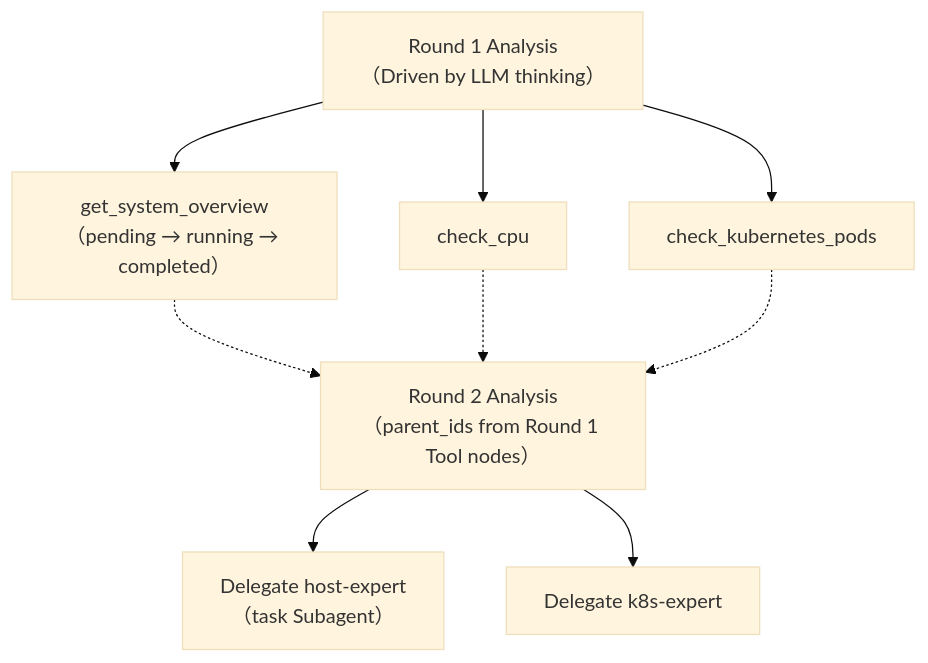
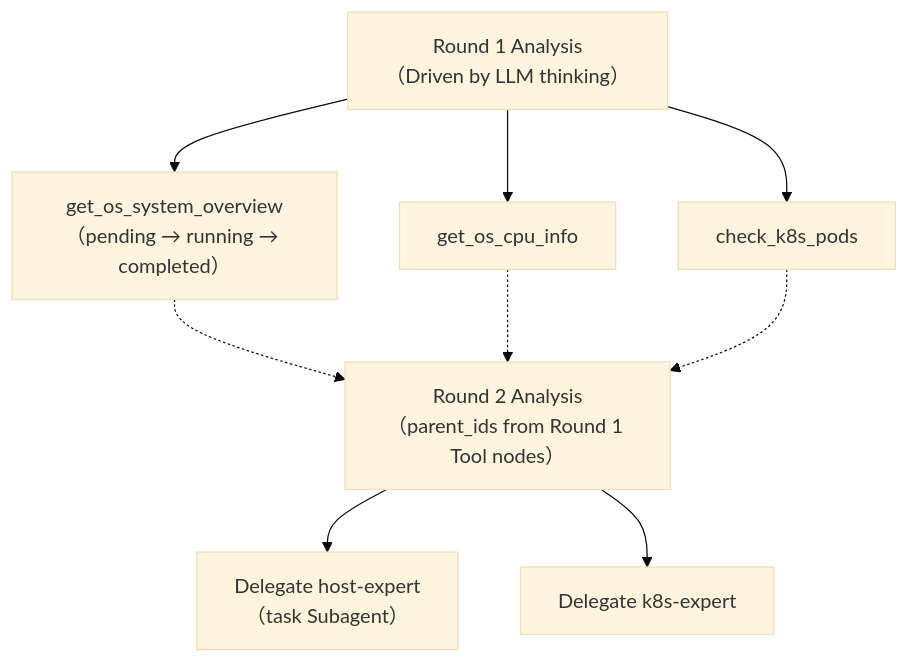
One commit to kangxiaoning/diagnostics changed the third of 6 diagrams in README.md. Above: the diagram before and after it, drawn with Mermaid (base theme). The commit also changed other lines of this file and 15 other files, not shown here.

````diff
--- a/README.md
+++ b/README.md
@@ -398,15 +398,15 @@
 ```mermaid
 graph TD
     P1["Round 1 Analysis<br/>（Driven by LLM thinking）"]
-    P1 --> T1["get_system_overview<br/>（pending → running → completed）"]
-    P1 --> T2["check_cpu"]
-    P1 --> T3["check_kubernetes_pods"]
+    P1 --> T1["get_os_system_overview<br/>（pending → running → completed）"]
+    P1 --> T2["get_os_cpu_info"]
+    P1 --> T3["check_k8s_pods"]
 
     P2["Round 2 Analysis<br/>（parent_ids from Round 1 Tool nodes）"]
     P2 --> T4["Delegate host-expert<br/>（task Subagent）"]
     P2 --> T5["Delegate k8s-expert"]
 
     T1 -.-> P2
     T2 -.-> P2
     T3 -.-> P2
 ```
````
